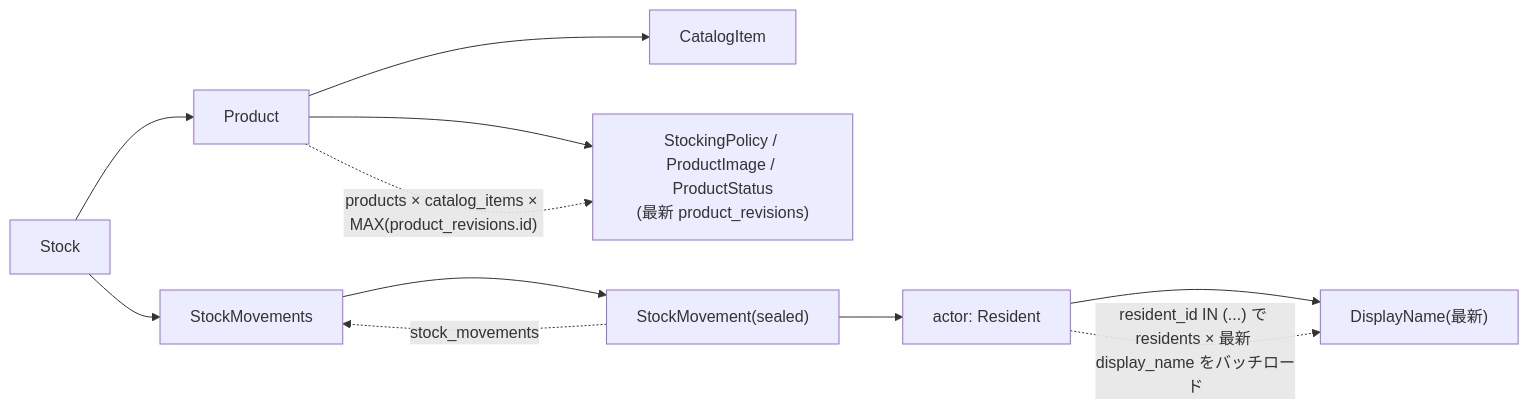
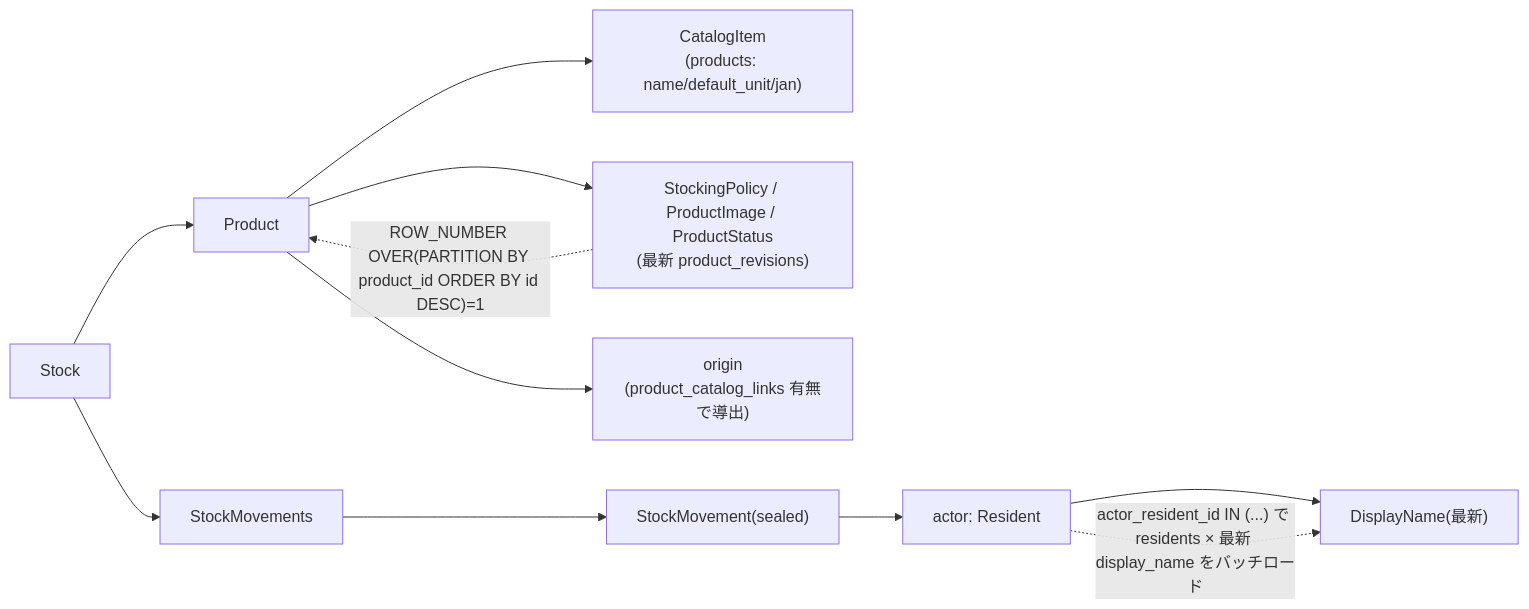
One commit to bright-room/mindstock changed the third of 3 diagrams in docs/superpowers/specs/2026-06-01-p4-backend-infra-migration-design.md. Above: the diagram before and after it, drawn with Mermaid. The commit also changed other lines of this file, not shown here.

First line of the commit message:
docs(spec): P4 レビュー2巡目反映(catalog キャッシュ化+中間テーブル/window関数/created_at/transaction直書き)

````diff
--- a/docs/superpowers/specs/2026-06-01-p4-backend-infra-migration-design.md
+++ b/docs/superpowers/specs/2026-06-01-p4-backend-infra-migration-design.md
@@ -304,14 +325,14 @@
 ```mermaid
 flowchart LR
     STOCK["Stock"] --> PRODUCT["Product"]
     STOCK --> MOVEMENTS["StockMovements"]
-    PRODUCT --> CATALOG["CatalogItem"]
+    PRODUCT --> CONTENT["CatalogItem<br/>(products: name/default_unit/jan)"]
     PRODUCT --> POLICY["StockingPolicy / ProductImage / ProductStatus<br/>(最新 product_revisions)"]
+    PRODUCT --> ORIGIN["origin<br/>(product_catalog_links 有無で導出)"]
     MOVEMENTS --> MV["StockMovement(sealed)"]
     MV --> ACTOR["actor: Resident"]
     ACTOR --> DN["DisplayName(最新)"]
 
-    PRODUCT -. "products × catalog_items × MAX(product_revisions.id)" .-> POLICY
-    MV -. "stock_movements" .-> MOVEMENTS
-    ACTOR -. "resident_id IN (...) で residents × 最新 display_name をバッチロード" .-> DN
+    POLICY -. "ROW_NUMBER OVER(PARTITION BY product_id ORDER BY id DESC)=1" .-> PRODUCT
+    ACTOR -. "actor_resident_id IN (...) で residents × 最新 display_name をバッチロード" .-> DN
 ```
````
